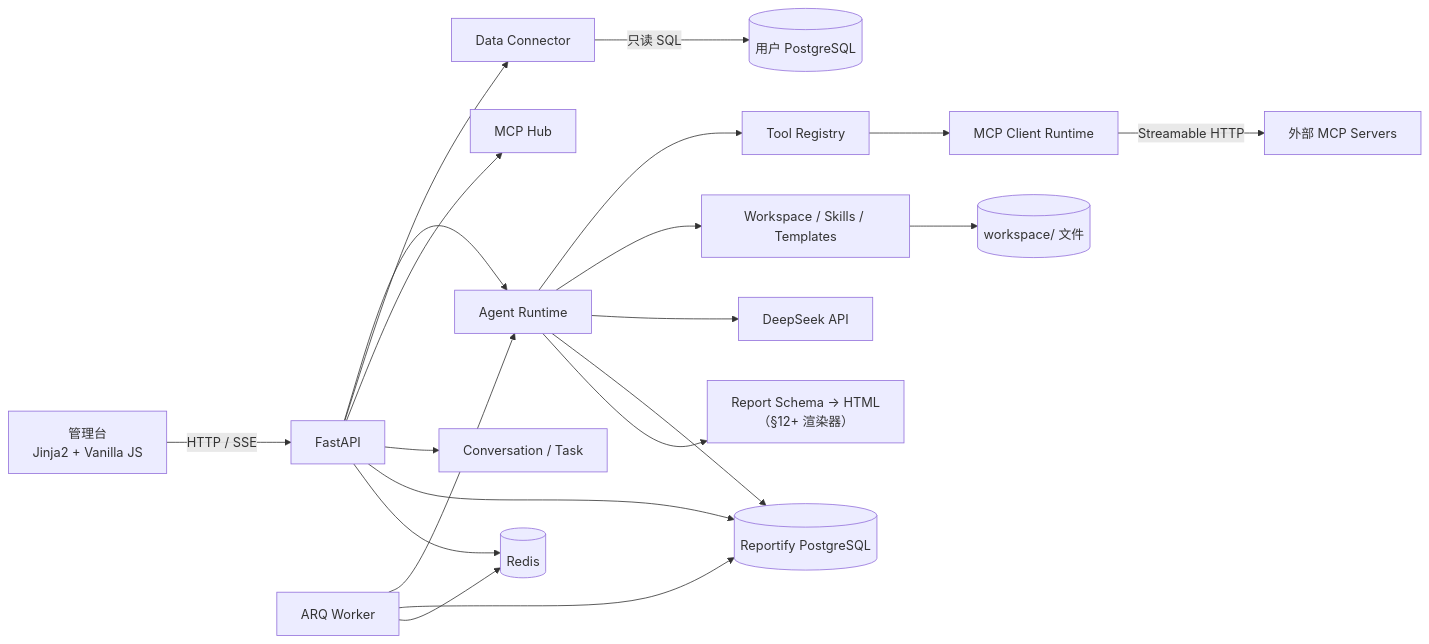
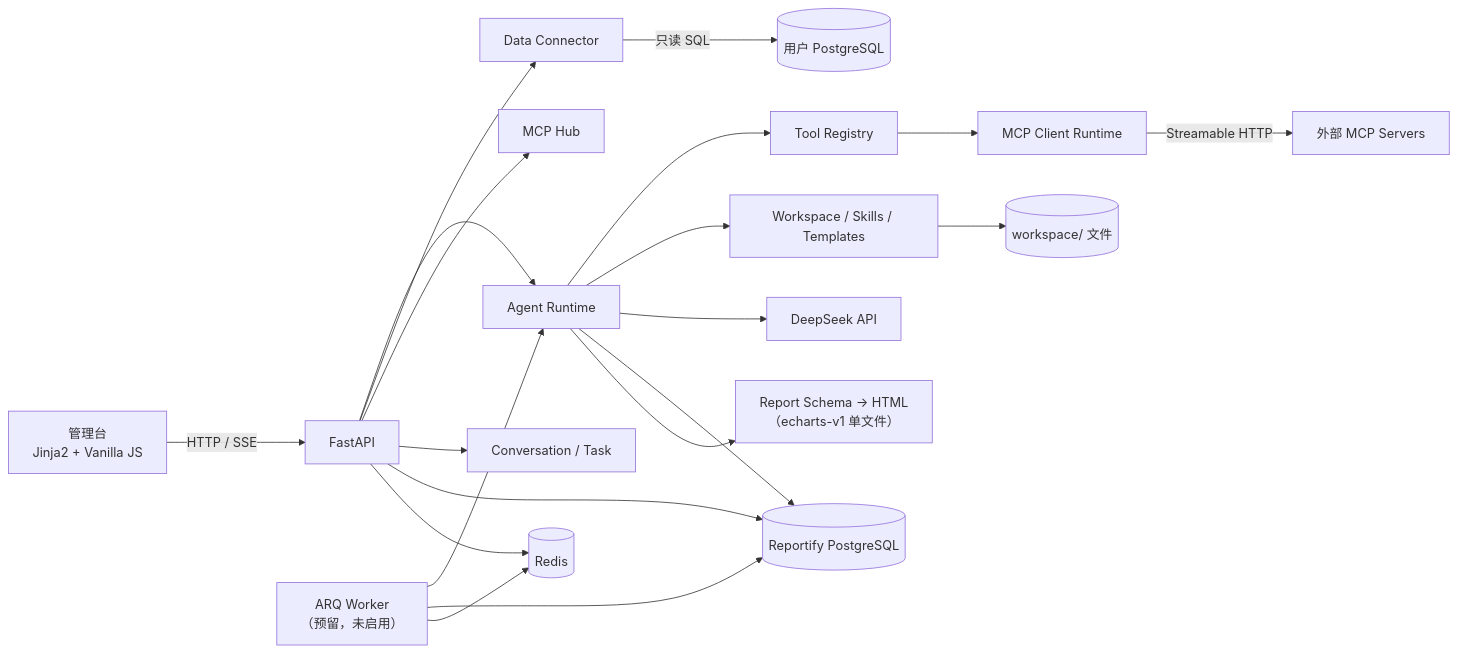
The first of 3 diagrams in docs/architecture/01-system-overview.md (ZhangZhiwei09/Reportify), drawn with Mermaid before and after one commit. The commit also changed other lines of this file and 39 other files, not shown here.

````diff
--- a/docs/architecture/01-system-overview.md
+++ b/docs/architecture/01-system-overview.md
@@ -69,22 +69,22 @@
 ```mermaid
 flowchart LR
     UI["管理台<br/>Jinja2 + Vanilla JS"] -->|HTTP / SSE| API["FastAPI"]
     API --> RT["Agent Runtime"]
     API --> CONN["Data Connector"]
     API --> HUB["MCP Hub"]
     API --> TASK["Conversation / Task"]
     RT --> REG["Tool Registry"]
     RT --> WS["Workspace / Skills / Templates"]
     REG --> MCPRT["MCP Client Runtime"]
     MCPRT -->|Streamable HTTP| EXT["外部 MCP Servers"]
     CONN -->|只读 SQL| UDB[("用户 PostgreSQL")]
     RT --> LLM["DeepSeek API"]
     API --> PG[("Reportify PostgreSQL")]
     RT --> PG
     API --> REDIS[("Redis")]
-    WORKER["ARQ Worker"] --> RT
+    WORKER["ARQ Worker<br/>（预留，未启用）"] --> RT
     WORKER --> PG
     WORKER --> REDIS
     WS --> FILES[("workspace/ 文件")]
-    RT --> REPORT["Report Schema → HTML<br/>（§12+ 渲染器）"]
+    RT --> REPORT["Report Schema → HTML<br/>（echarts-v1 单文件）"]
 ```
````
